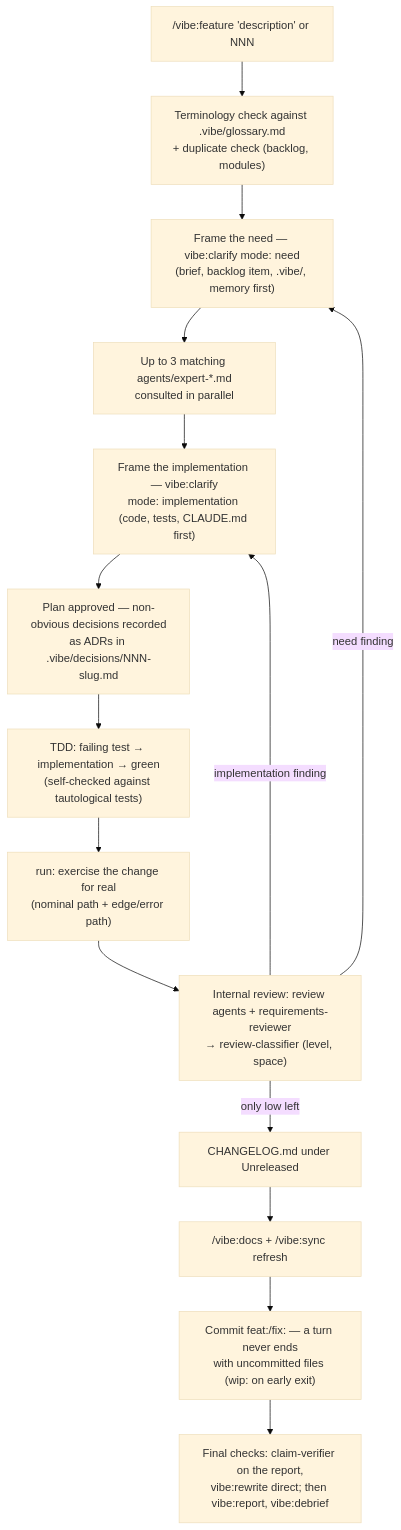
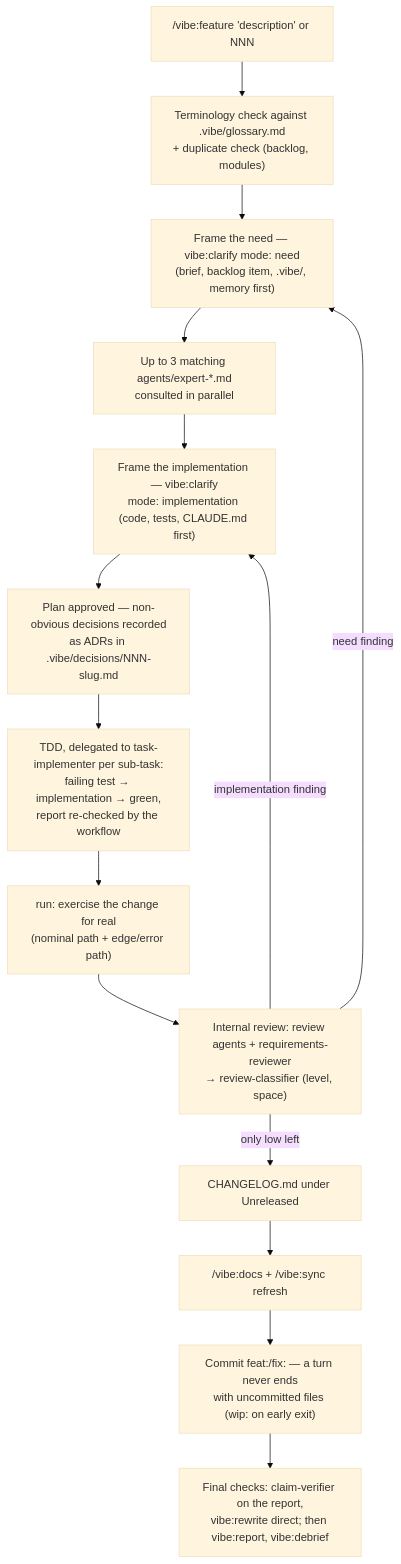
Before and after one commit to neolao/claude-plugin-vibe: the first of 7 diagrams in docs/workflows.md, drawn with Mermaid (base theme). The commit also changed 63 other files, not shown here.

First line of the commit message:
task-implementer: one sub-task per launch, test first, report re-checked

````diff
--- a/docs/workflows.md
+++ b/docs/workflows.md
@@ -11,17 +11,17 @@
 ```mermaid
 flowchart TD
     A["/vibe:feature 'description' or NNN"] --> B["Terminology check against .vibe/glossary.md<br/>+ duplicate check (backlog, modules)"]
     B --> N["Frame the need — vibe:clarify mode: need<br/>(brief, backlog item, .vibe/, memory first)"]
     N --> C["Up to 3 matching agents/expert-*.md<br/>consulted in parallel"]
     C --> I["Frame the implementation — vibe:clarify<br/>mode: implementation (code, tests, CLAUDE.md first)"]
     I --> C2["Plan approved — non-obvious decisions recorded<br/>as ADRs in .vibe/decisions/NNN-slug.md"]
-    C2 --> D["TDD: failing test → implementation → green<br/>(self-checked against tautological tests)"]
+    C2 --> D["TDD, delegated to task-implementer per sub-task:<br/>failing test → implementation → green,<br/>report re-checked by the workflow"]
     D --> E["run: exercise the change for real<br/>(nominal path + edge/error path)"]
     E --> R["Internal review: review agents + requirements-reviewer<br/>→ review-classifier (level, space)"]
     R -- "need finding" --> N
     R -- "implementation finding" --> I
     R -- "only low left" --> F["CHANGELOG.md under Unreleased"]
     F --> G["/vibe:docs + /vibe:sync refresh"]
     G --> H["Commit feat:/fix: — a turn never ends<br/>with uncommitted files (wip: on early exit)"]
     H --> K["Final checks: claim-verifier on the report,<br/>vibe:rewrite direct; then vibe:report, vibe:debrief"]
 ```
````
